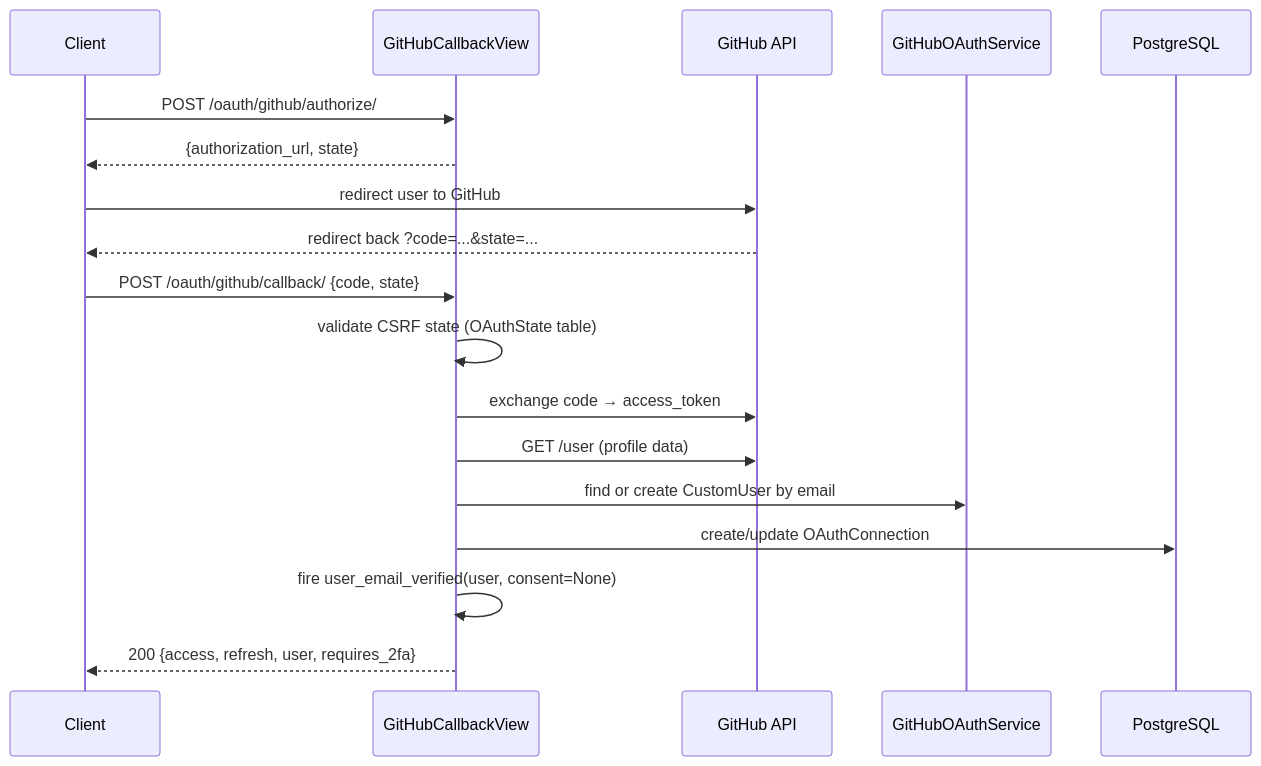
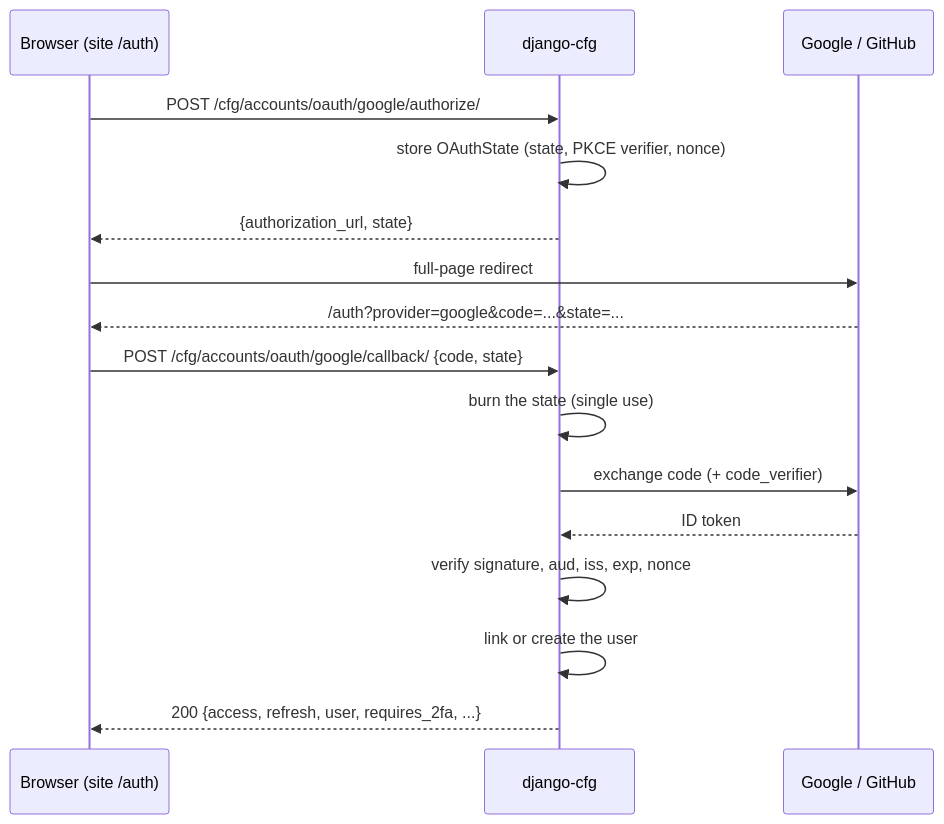
The diagram in docs/features/built-in-apps/user-management/accounts/oauth.mdx (markolofsen/django-cfg), drawn with Mermaid before and after one commit. The commit also changed other lines of this file and 150 other files, not shown here.

````diff
--- a/docs/features/built-in-apps/user-management/accounts/oauth.mdx
+++ b/docs/features/built-in-apps/user-management/accounts/oauth.mdx
@@ -78,23 +45,19 @@
 ```mermaid
 sequenceDiagram
-    participant C as Client
-    participant V as GitHubCallbackView
-    participant GH as GitHub API
-    participant S as GitHubOAuthService
-    participant DB as PostgreSQL
+    participant B as Browser (site /auth)
+    participant API as django-cfg
+    participant P as Google / GitHub
 
-    C->>V: POST /oauth/github/authorize/
-    V-->>C: {authorization_url, state}
-
-    C->>GH: redirect user to GitHub
-    GH-->>C: redirect back ?code=...&state=...
-
-    C->>V: POST /oauth/github/callback/ {code, state}
-    V->>V: validate CSRF state (OAuthState table)
-    V->>GH: exchange code → access_token
-    V->>GH: GET /user (profile data)
-    V->>S: find or create CustomUser by email
-    V->>DB: create/update OAuthConnection
-    V->>V: fire user_email_verified(user, consent=None)
-    V-->>C: 200 {access, refresh, user, requires_2fa}
+    B->>API: POST /cfg/accounts/oauth/google/authorize/
+    API->>API: store OAuthState (state, PKCE verifier, nonce)
+    API-->>B: {authorization_url, state}
+    B->>P: full-page redirect
+    P-->>B: /auth?provider=google&code=...&state=...
+    B->>API: POST /cfg/accounts/oauth/google/callback/ {code, state}
+    API->>API: burn the state (single use)
+    API->>P: exchange code (+ code_verifier)
+    P-->>API: ID token
+    API->>API: verify signature, aud, iss, exp, nonce
+    API->>API: link or create the user
+    API-->>B: 200 {access, refresh, user, requires_2fa, ...}
 ```
````
